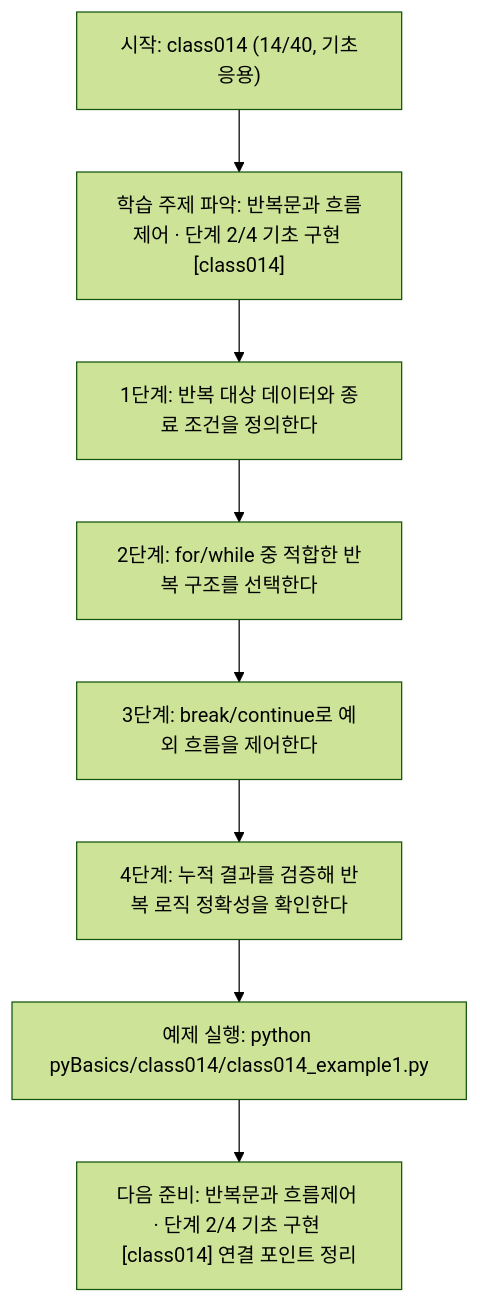
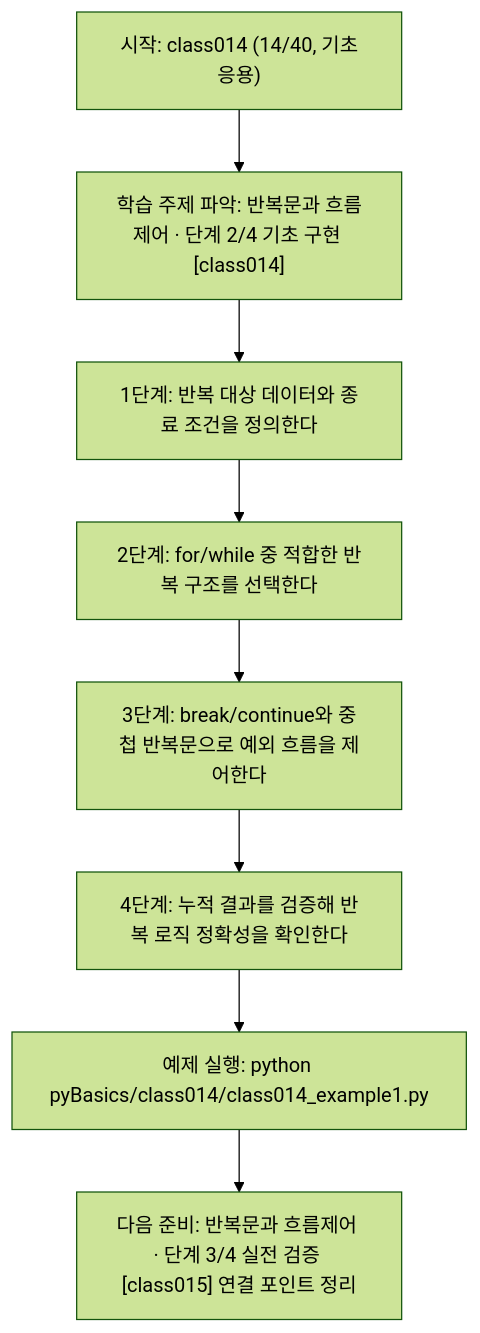
Before and after one commit to edumgt/Python-AI_Agent-Class: the diagram in pyBasics/class014/class014.md, drawn with Mermaid (forest theme). The commit also changed other lines of this file and 2370 other files, not shown here.

````diff
--- a/pyBasics/class014/class014.md
+++ b/pyBasics/class014/class014.md
@@ -109,18 +91,18 @@
 ```mermaid
 flowchart TD
 N1["시작: class014 (14/40, 기초응용)"]
 N2["학습 주제 파악: 반복문과 흐름제어 · 단계 2/4 기초 구현 [class014]"]
 N3["1단계: 반복 대상 데이터와 종료 조건을 정의한다"]
 N4["2단계: for/while 중 적합한 반복 구조를 선택한다"]
-N5["3단계: break/continue로 예외 흐름을 제어한다"]
+N5["3단계: break/continue와 중첩 반복문으로 예외 흐름을 제어한다"]
 N6["4단계: 누적 결과를 검증해 반복 로직 정확성을 확인한다"]
 N7["예제 실행: python pyBasics/class014/class014_example1.py"]
-N8["다음 준비: 반복문과 흐름제어 · 단계 2/4 기초 구현 [class014] 연결 포인트 정리"]
+N8["다음 준비: 반복문과 흐름제어 · 단계 3/4 실전 검증 [class015] 연결 포인트 정리"]
 N1 --> N2
 N2 --> N3
 N3 --> N4
 N4 --> N5
 N5 --> N6
 N6 --> N7
 N7 --> N8
 ```
````
